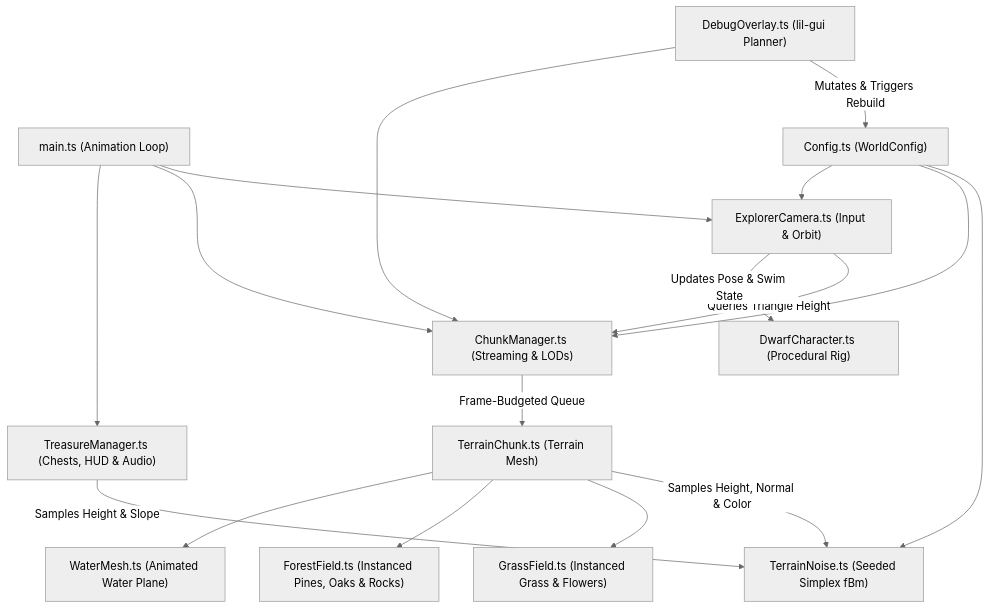
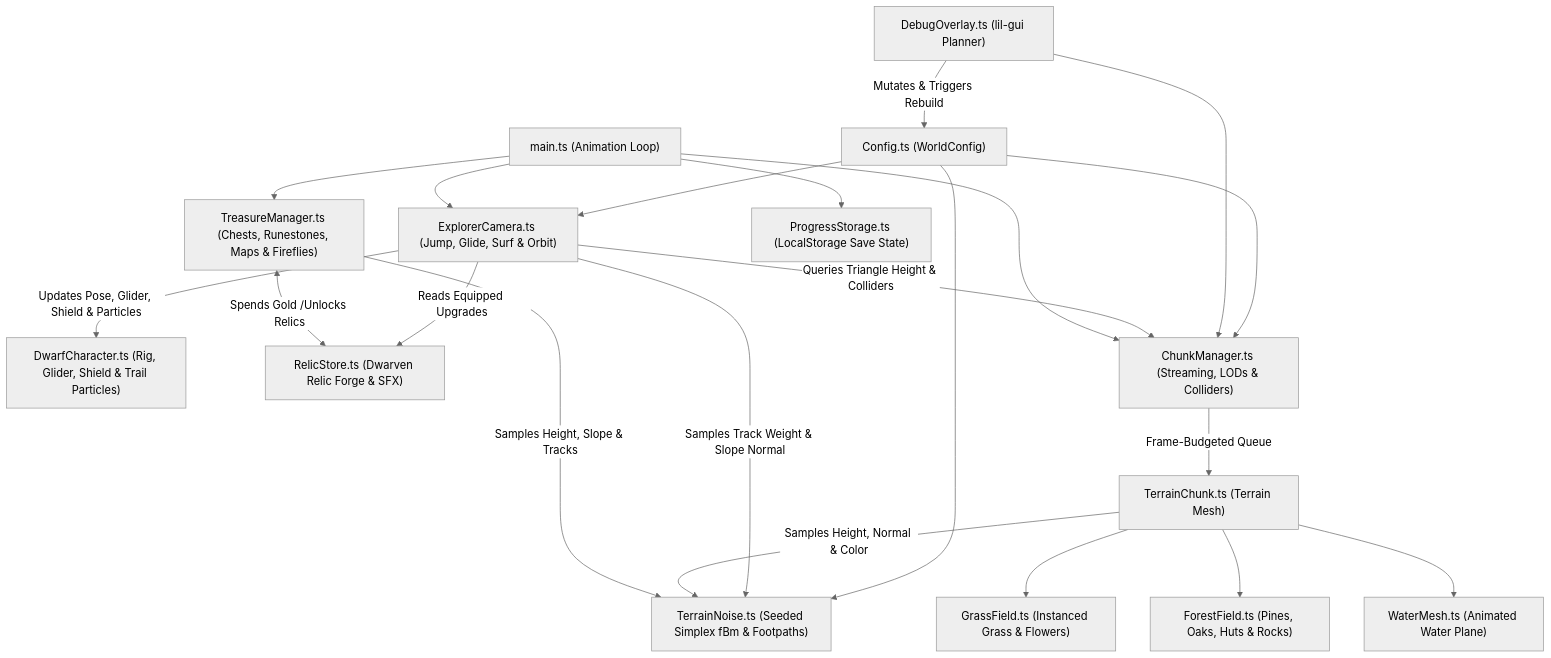
The diagram in README.md (erlfas/wandering-dwarf), drawn with Mermaid (neutral theme) before and after one commit. The commit also changed other lines of this file, not shown here.

Commit message:
docs: update README with traversal mechanics, Dwarven Relic Forge, and treasure hunting systems

````diff
--- a/README.md
+++ b/README.md
@@ -82,35 +89,41 @@
 ```mermaid
 flowchart TD
     Main["main.ts (Animation Loop)"]
     Config["Config.ts (WorldConfig)"]
-    Noise["TerrainNoise.ts (Seeded Simplex fBm)"]
-    Explorer["ExplorerCamera.ts (Input & Orbit)"]
-    Dwarf["DwarfCharacter.ts (Procedural Rig)"]
-    ChunkMgr["ChunkManager.ts (Streaming & LODs)"]
+    Noise["TerrainNoise.ts (Seeded Simplex fBm & Footpaths)"]
+    Explorer["ExplorerCamera.ts (Jump, Glide, Surf & Orbit)"]
+    Dwarf["DwarfCharacter.ts (Rig, Glider, Shield & Trail Particles)"]
+    Relics["RelicStore.ts (Dwarven Relic Forge & SFX)"]
+    ChunkMgr["ChunkManager.ts (Streaming, LODs & Colliders)"]
     Chunk["TerrainChunk.ts (Terrain Mesh)"]
     Grass["GrassField.ts (Instanced Grass & Flowers)"]
-    Forest["ForestField.ts (Instanced Pines, Oaks & Rocks)"]
+    Forest["ForestField.ts (Pines, Oaks, Huts & Rocks)"]
     Water["WaterMesh.ts (Animated Water Plane)"]
-    Treasure["TreasureManager.ts (Chests, HUD & Audio)"]
+    Treasure["TreasureManager.ts (Chests, Runestones, Maps & Fireflies)"]
+    Storage["ProgressStorage.ts (LocalStorage Save State)"]
     GUI["DebugOverlay.ts (lil-gui Planner)"]
 
     Config --> Noise
     Config --> ChunkMgr
     Config --> Explorer
     GUI -->|Mutates & Triggers Rebuild| Config
     GUI --> ChunkMgr
 
     Main --> Explorer
-    Explorer -->|Queries Triangle Height| ChunkMgr
-    Explorer -->|Updates Pose & Swim State| Dwarf
+    Explorer -->|Queries Triangle Height & Colliders| ChunkMgr
+    Explorer -->|Samples Track Weight & Slope Normal| Noise
+    Explorer -->|Reads Equipped Upgrades| Relics
+    Explorer -->|Updates Pose, Glider, Shield & Particles| Dwarf
 
     Main --> ChunkMgr
     ChunkMgr -->|Frame-Budgeted Queue| Chunk
     Chunk -->|Samples Height, Normal & Color| Noise
     Chunk --> Grass
     Chunk --> Forest
     Chunk --> Water
 
     Main --> Treasure
-    Treasure -->|Samples Height & Slope| Noise
+    Treasure -->|Samples Height, Slope & Tracks| Noise
+    Treasure <-->|Spends Gold /Unlocks Relics| Relics
+    Main --> Storage
 ```
````
